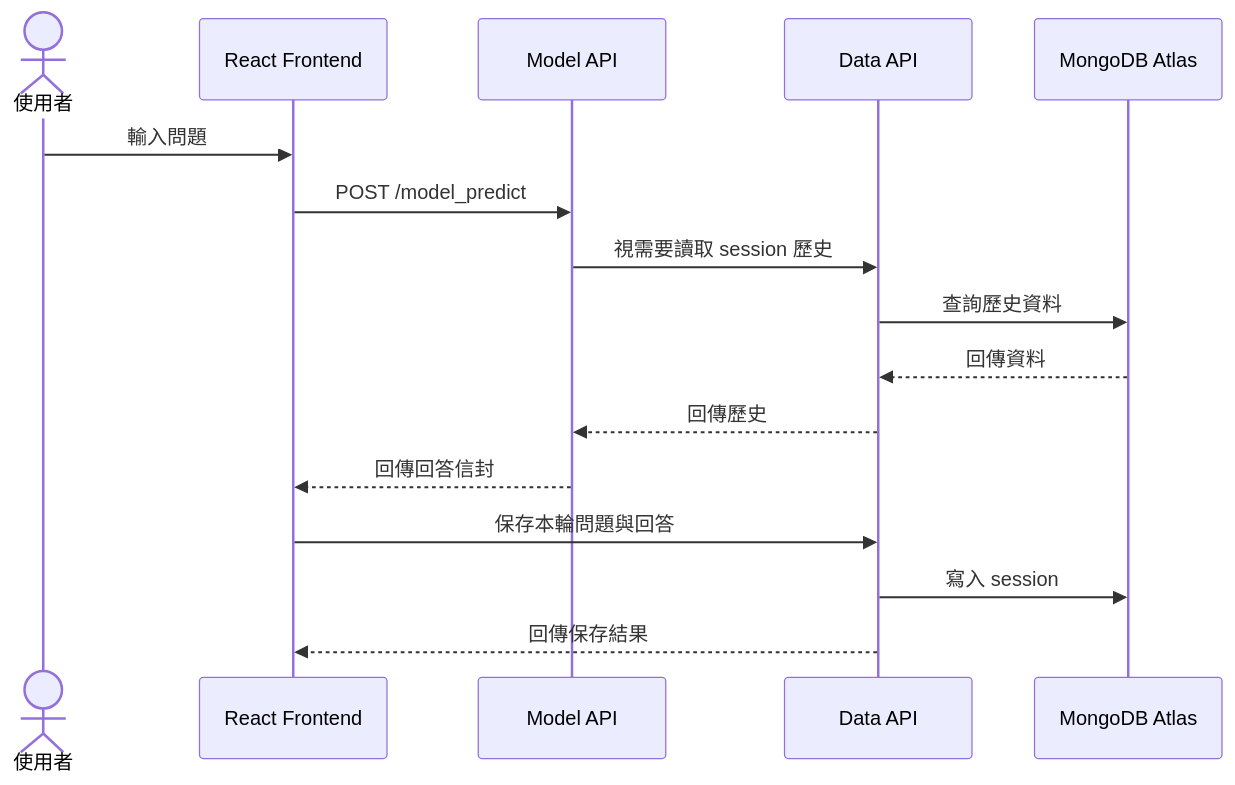
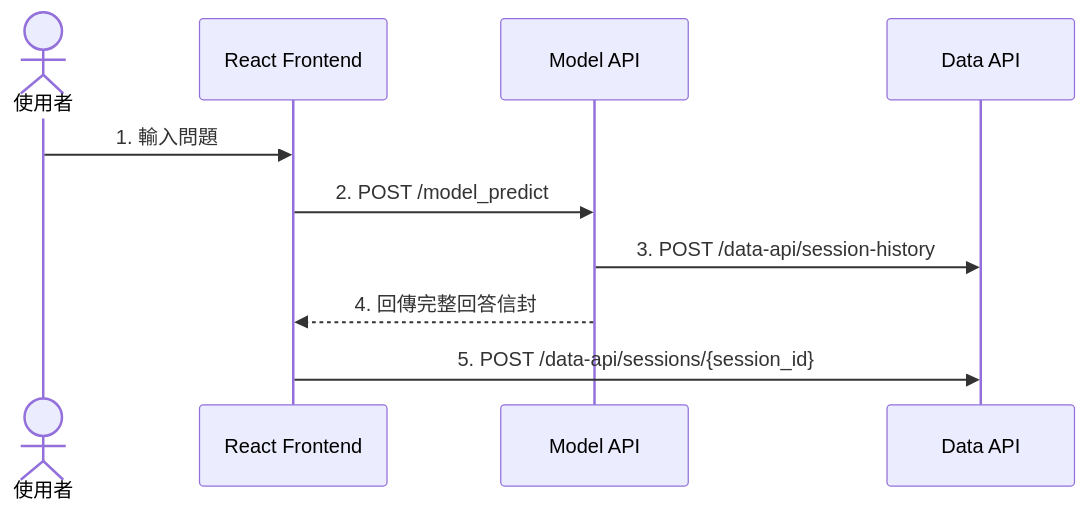
Before and after one commit to CaoCharles/ai-deploy-docs: the second of 2 diagrams in docs/02_runtime_request_flow.md, drawn with Mermaid. The commit also changed other lines of this file and 14 other files, not shown here.

````diff
--- a/docs/02_runtime_request_flow.md
+++ b/docs/02_runtime_request_flow.md
@@ -90,19 +94,13 @@
 ```mermaid
 sequenceDiagram
     actor User as 使用者
     participant Frontend as React Frontend
     participant Model as Model API
     participant Data as Data API
-    participant Mongo as MongoDB Atlas
 
-    User->>Frontend: 輸入問題
-    Frontend->>Model: POST /model_predict
-    Model->>Data: 視需要讀取 session 歷史
-    Data->>Mongo: 查詢歷史資料
-    Mongo-->>Data: 回傳資料
-    Data-->>Model: 回傳歷史
-    Model-->>Frontend: 回傳回答信封
-    Frontend->>Data: 保存本輪問題與回答
-    Data->>Mongo: 寫入 session
-    Data-->>Frontend: 回傳保存結果
+    User->>Frontend: 1. 輸入問題
+    Frontend->>Model: 2. POST /model_predict
+    Model->>Data: 3. POST /data-api/session-history
+    Model-->>Frontend: 4. 回傳完整回答信封
+    Frontend->>Data: 5. POST /data-api/sessions/{session_id}
 ```
````
